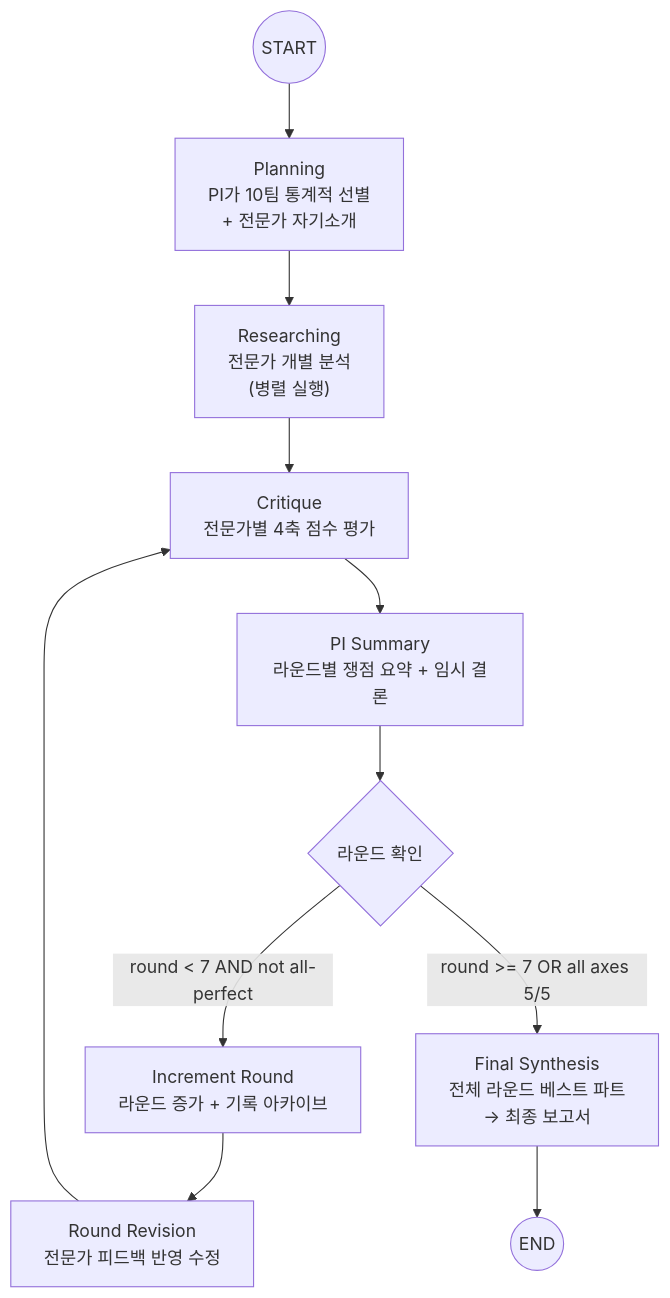
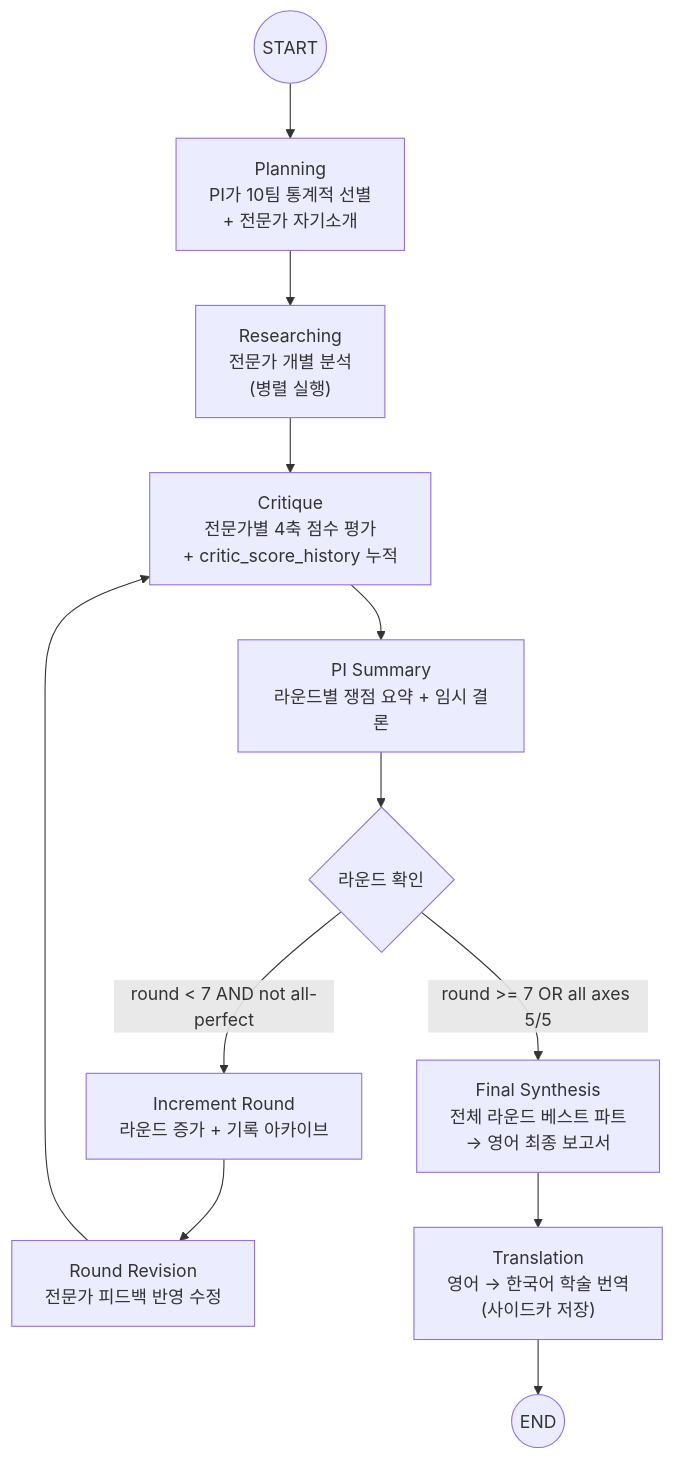
One commit to baesisi3648/pjt-virtual_lab changed the diagram in README.md. Above: the diagram before and after it, drawn with Mermaid. The commit also changed other lines of this file, not shown here.

First line of the commit message:
docs(readme): final paper-revision update

````diff
--- a/README.md
+++ b/README.md
@@ -53,24 +67,26 @@
 ```mermaid
 graph TD
     START((START)) --> planning
 
     planning["Planning<br/>PI가 10팀 통계적 선별<br/>+ 전문가 자기소개"]
     researching["Researching<br/>전문가 개별 분석<br/>(병렬 실행)"]
-    critique["Critique<br/>전문가별 4축 점수 평가"]
+    critique["Critique<br/>전문가별 4축 점수 평가<br/>+ critic_score_history 누적"]
     pi_summary["PI Summary<br/>라운드별 쟁점 요약 + 임시 결론"]
     check_round{"라운드 확인"}
     increment_round["Increment Round<br/>라운드 증가 + 기록 아카이브"]
     round_revision["Round Revision<br/>전문가 피드백 반영 수정"]
-    final_synthesis["Final Synthesis<br/>전체 라운드 베스트 파트<br/>→ 최종 보고서"]
+    final_synthesis["Final Synthesis<br/>전체 라운드 베스트 파트<br/>→ 영어 최종 보고서"]
+    translation["Translation<br/>영어 → 한국어 학술 번역<br/>(사이드카 저장)"]
     END((END))
 
     planning --> researching
     researching --> critique
     critique --> pi_summary
     pi_summary --> check_round
     check_round -- "round < 7 AND not all-perfect" --> increment_round
     check_round -- "round >= 7 OR all axes 5/5" --> final_synthesis
     increment_round --> round_revision
     round_revision --> critique
-    final_synthesis --> END
+    final_synthesis --> translation
+    translation --> END
 ```
````
